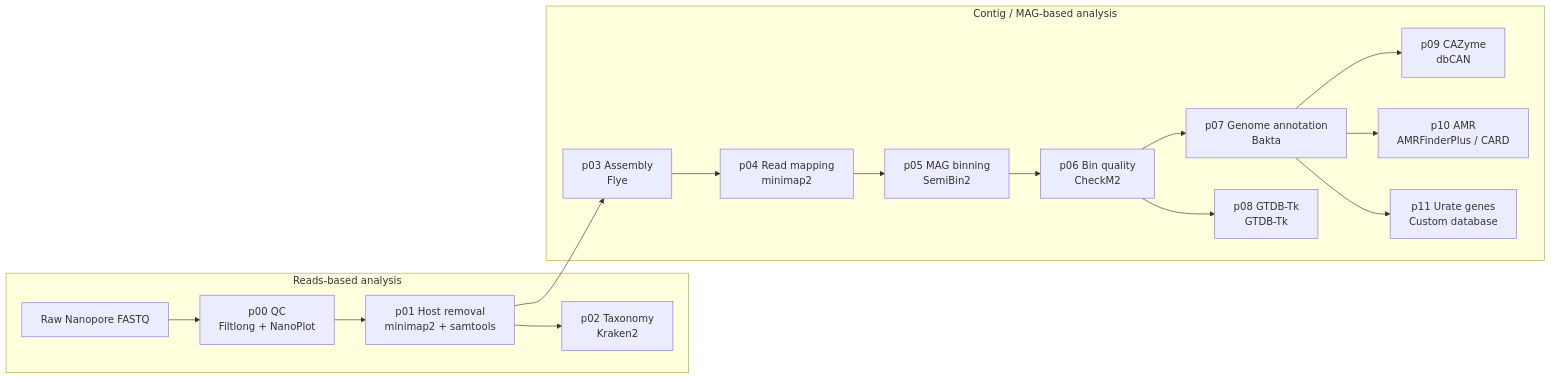
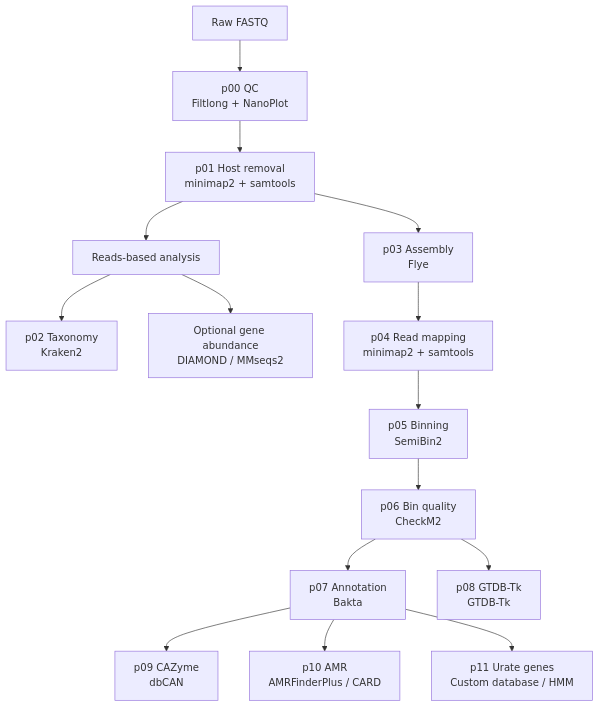
Before and after one commit to pengzhuobing/nanopore_metagenome: the diagram in README.md, drawn with Mermaid.

````diff
--- a/README.md
+++ b/README.md
@@ -26,43 +26,26 @@
 ```mermaid
-flowchart LR
+flowchart TD
 
-%% ===========================
-%% Reads-based workflow
-%% ===========================
-subgraph R["Reads-based analysis"]
+    A["Raw FASTQ"]
+    B["p00 QC<br/>Filtlong + NanoPlot"]
+    C["p01 Host removal<br/>minimap2 + samtools"]
 
-A[Raw Nanopore FASTQ]
+    A --> B --> C
 
-A --> B["p00 QC<br/>Filtlong + NanoPlot"]
+    C --> R0["Reads-based analysis"]
+    C --> E["p03 Assembly<br/>Flye"]
 
-B --> C["p01 Host removal<br/>minimap2 + samtools"]
+    R0 --> D["p02 Taxonomy<br/>Kraken2"]
+    R0 --> R1["Optional gene abundance<br/>DIAMOND / MMseqs2"]
 
-C --> D["p02 Taxonomy<br/>Kraken2"]
+    E --> F["p04 Read mapping<br/>minimap2 + samtools"]
+    F --> G["p05 Binning<br/>SemiBin2"]
+    G --> H["p06 Bin quality<br/>CheckM2"]
 
-end
+    H --> I["p07 Annotation<br/>Bakta"]
+    H --> J["p08 GTDB-Tk<br/>GTDB-Tk"]
 
-%% ===========================
-%% Contig / MAG workflow
-%% ===========================
-subgraph M["Contig / MAG-based analysis"]
-
-C --> E["p03 Assembly<br/>Flye"]
-
-E --> F["p04 Read mapping<br/>minimap2"]
-
-F --> G["p05 MAG binning<br/>SemiBin2"]
-
-G --> H["p06 Bin quality<br/>CheckM2"]
-
-H --> I["p07 Genome annotation<br/>Bakta"]
-
-H --> J["p08 GTDB-Tk<br/>GTDB-Tk"]
-
-I --> K["p09 CAZyme<br/>dbCAN"]
-
-I --> L["p10 AMR<br/>AMRFinderPlus / CARD"]
-
-I --> M1["p11 Urate genes<br/>Custom database"]
-
-end
+    I --> K["p09 CAZyme<br/>dbCAN"]
+    I --> L["p10 AMR<br/>AMRFinderPlus / CARD"]
+    I --> M["p11 Urate genes<br/>Custom database / HMM"]
 ```
````
